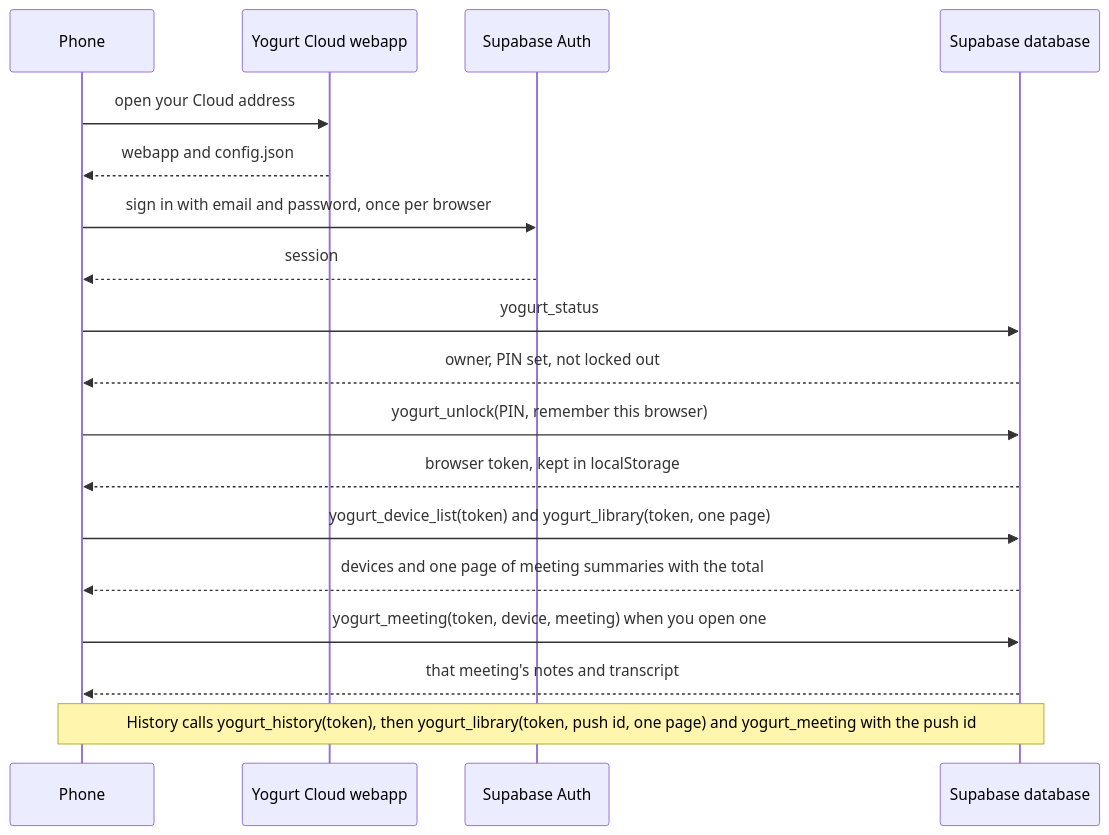
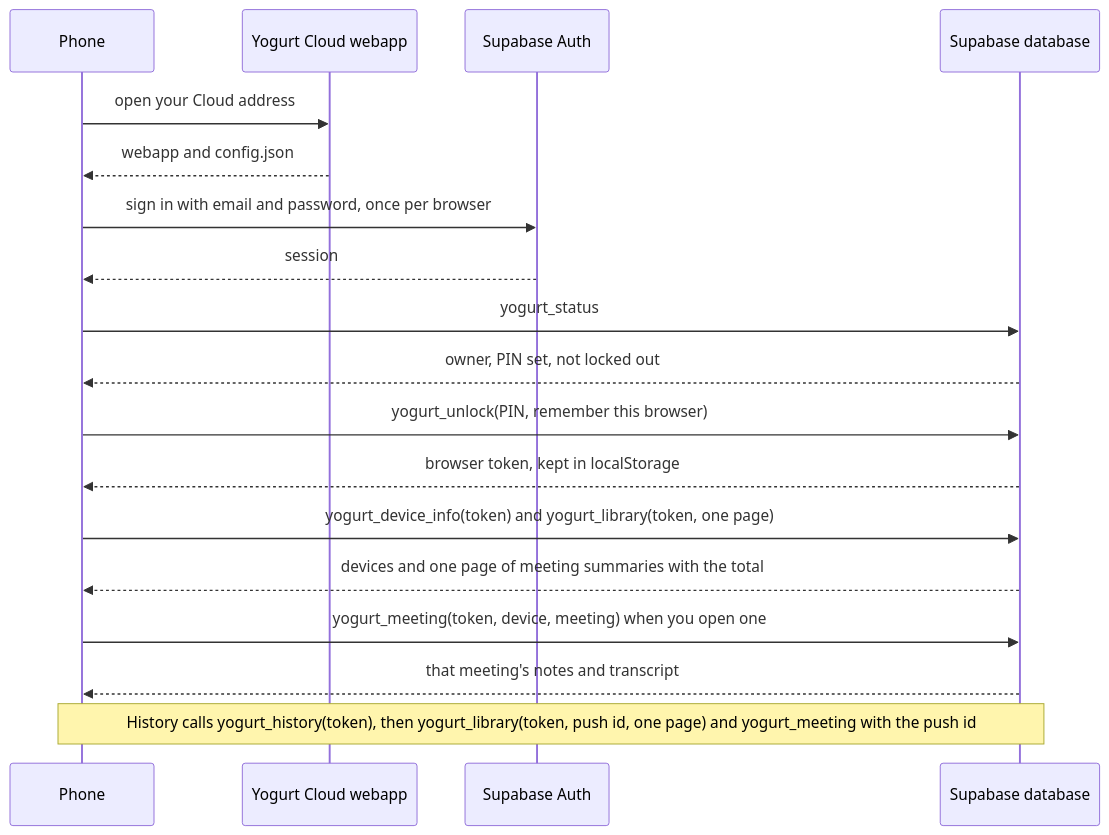
One commit to jarvisrchen/yogurt changed the third of 3 diagrams in docs/CLOUD-SYNC.md. Above: the diagram before and after it, drawn with Mermaid. The commit also changed other lines of this file and 19 other files, not shown here.

````diff
--- a/docs/CLOUD-SYNC.md
+++ b/docs/CLOUD-SYNC.md
@@ -97,20 +97,20 @@
 ```mermaid
 sequenceDiagram
   participant P as Phone
   participant W as Yogurt Cloud webapp
   participant A as Supabase Auth
   participant D as Supabase database
   P->>W: open your Cloud address
   W-->>P: webapp and config.json
   P->>A: sign in with email and password, once per browser
   A-->>P: session
   P->>D: yogurt_status
   D-->>P: owner, PIN set, not locked out
   P->>D: yogurt_unlock(PIN, remember this browser)
   D-->>P: browser token, kept in localStorage
-  P->>D: yogurt_device_list(token) and yogurt_library(token, one page)
+  P->>D: yogurt_device_info(token) and yogurt_library(token, one page)
   D-->>P: devices and one page of meeting summaries with the total
   P->>D: yogurt_meeting(token, device, meeting) when you open one
   D-->>P: that meeting's notes and transcript
   Note over P,D: History calls yogurt_history(token), then yogurt_library(token, push id, one page) and yogurt_meeting with the push id
 ```
````
